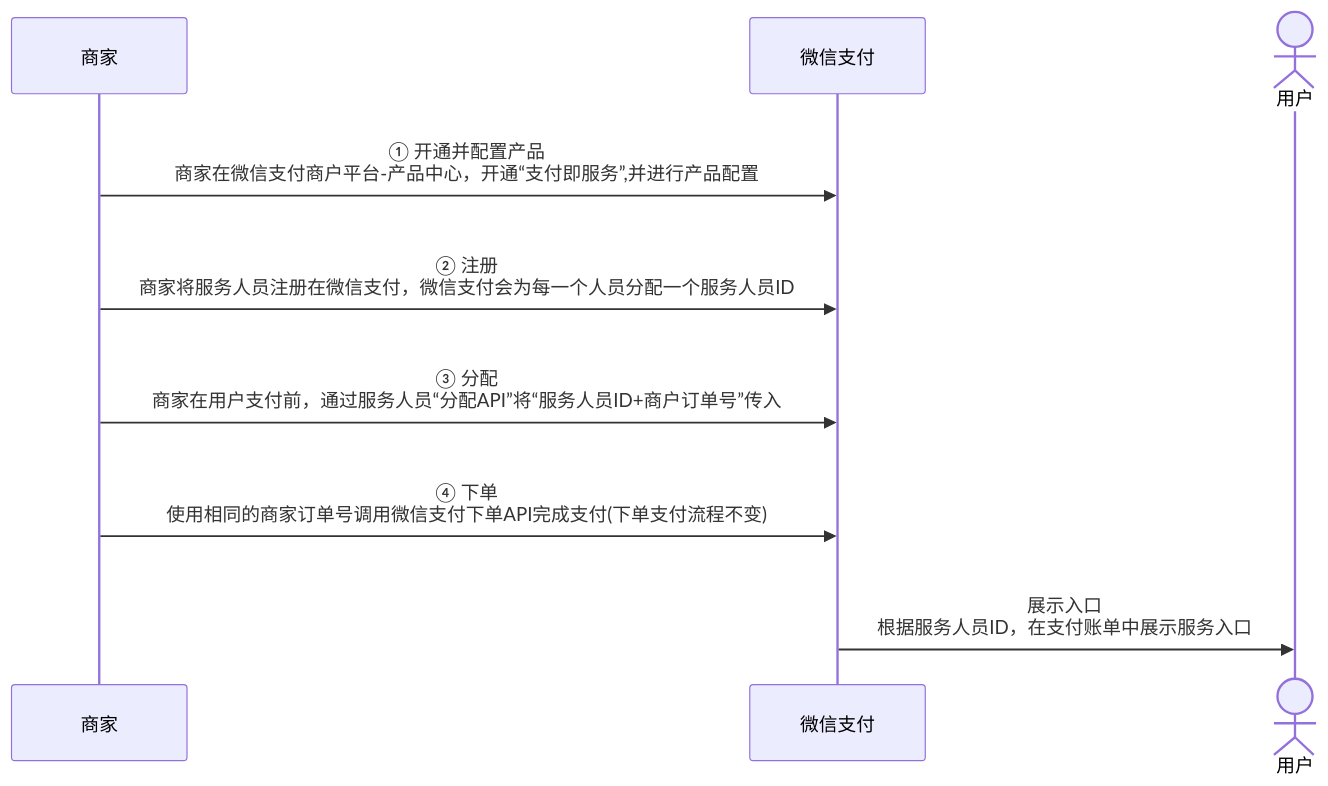
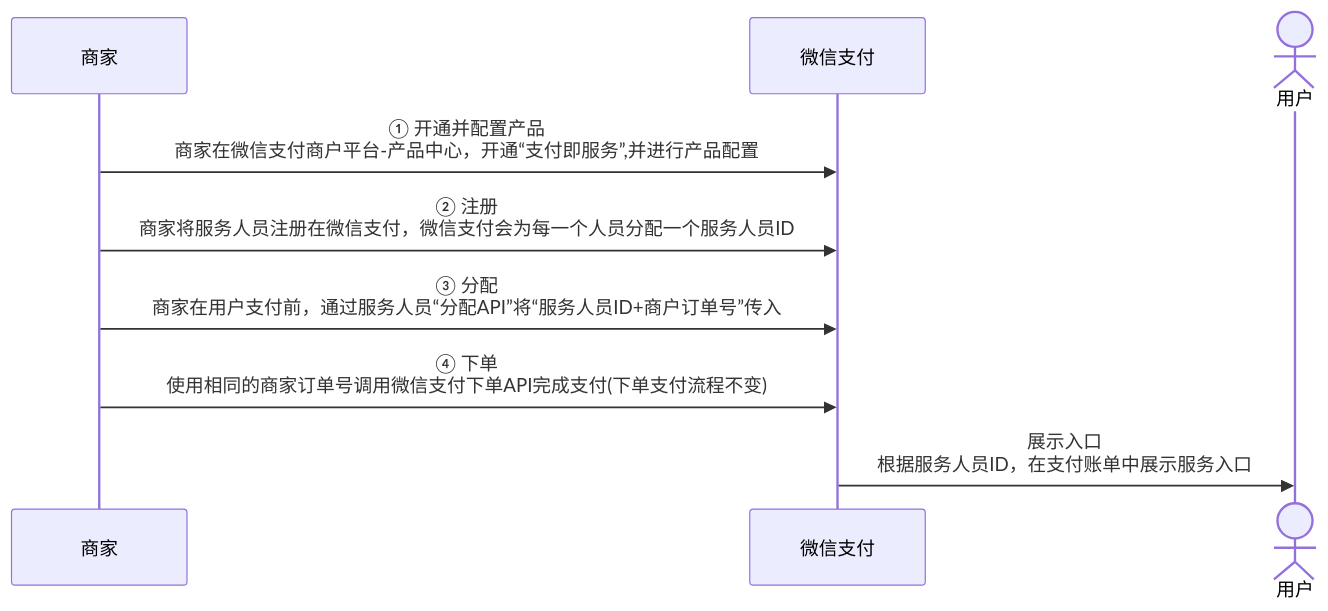
The diagram in docs/partner/pages/4012076036.md (minibear2021/wechatpay_docs), drawn with Mermaid before and after one commit. The commit also changed 793 other files, not shown here.

````diff
--- a/docs/partner/pages/4012076036.md
+++ b/docs/partner/pages/4012076036.md
@@ -58,34 +58,33 @@
 ```mermaid
 sequenceDiagram
     participant 商家
     participant 微信支付
     actor 用户
 
     %% 步骤1：开通并配置产品
-    rect rgb(255,255,255)
+
 
         商家->>微信支付:  ① 开通并配置产品 <br>商家在微信支付商户平台-产品中心，开通“支付即服务”,并进行产品配置
-    end
+
 
     %% 步骤2：注册服务人员
-    rect rgb(255,255,255)
+
 
         商家->>微信支付: ② 注册<br>商家将服务人员注册在微信支付，微信支付会为每一个人员分配一个服务人员ID
 
-    end
+
 
     %% 步骤3：分配人员与订单
-    rect rgb(255,255,255)
+
         商家->>微信支付: ③ 分配<br>商家在用户支付前，通过服务人员“分配API”将“服务人员ID+商户订单号”传入
-    end
+
 
     %% 步骤4：下单支付
-    rect rgb(255,255,255)
+
         商家->>微信支付: ④ 下单<br>使用相同的商家订单号调用微信支付下单API完成支付(下单支付流程不变)
-    end
+
 
     %% 展示入口给用户
-    rect rgb(255,255,255)
+
         微信支付->>用户: 展示入口<br>根据服务人员ID，在支付账单中展示服务入口
-    end
 ```
````
